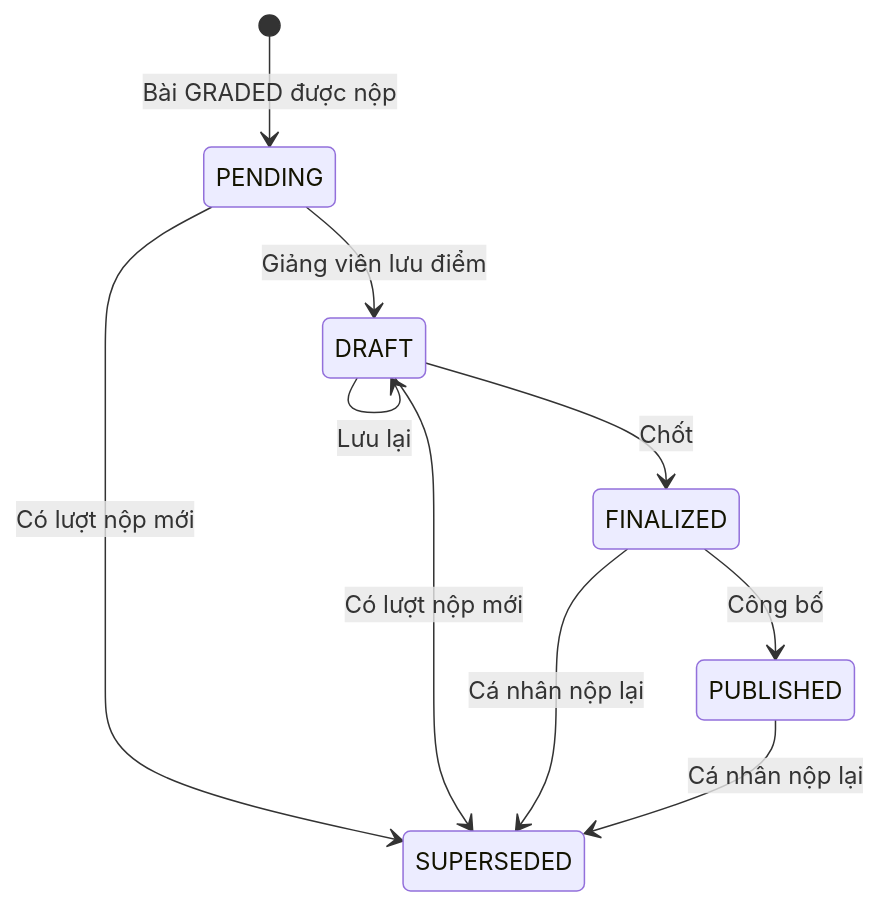
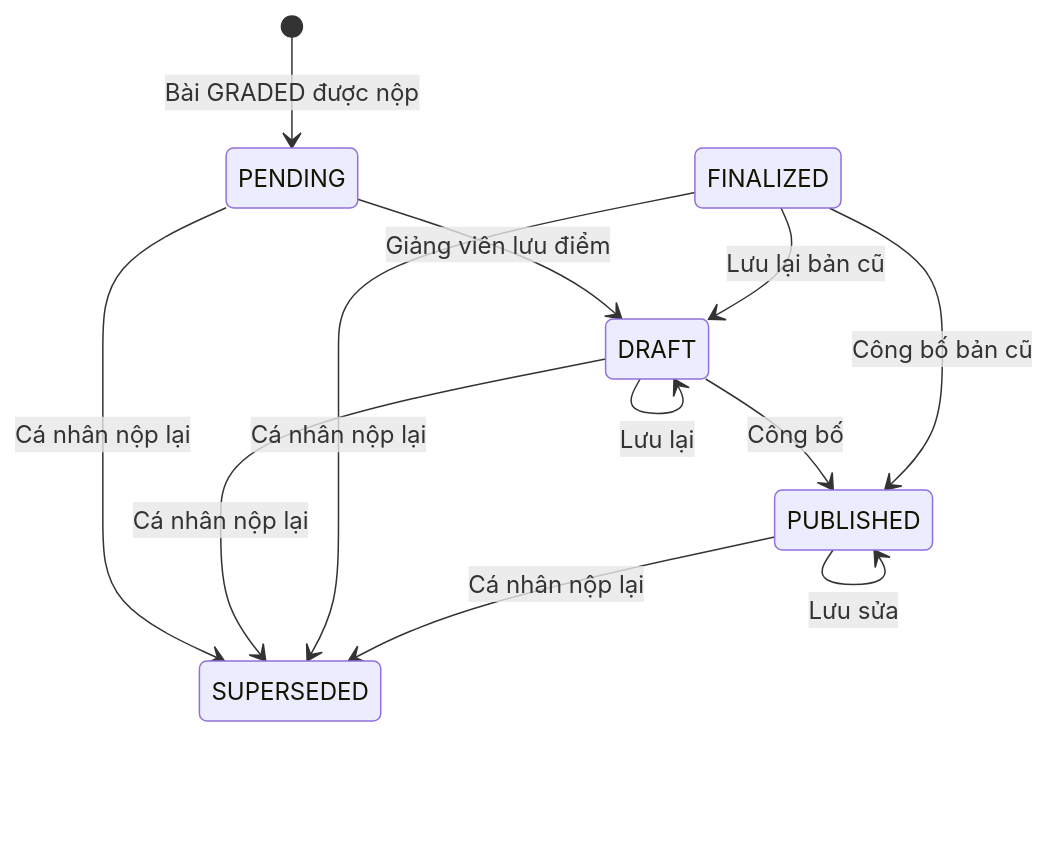
One commit to hygef-v4/AI-Powered-Learning-Platform changed the diagram in aidlc-docs/construction/u09-assignment-grading/functional-design/domain-entities.md. Above: the diagram before and after it, drawn with Mermaid. The commit also changed other lines of this file and 25 other files, not shown here.

````diff
--- a/aidlc-docs/construction/u09-assignment-grading/functional-design/domain-entities.md
+++ b/aidlc-docs/construction/u09-assignment-grading/functional-design/domain-entities.md
@@ -54,12 +55,14 @@
 ```mermaid
 stateDiagram-v2
     [*] --> PENDING: Bài GRADED được nộp
     PENDING --> DRAFT: Giảng viên lưu điểm
     DRAFT --> DRAFT: Lưu lại
-    DRAFT --> FINALIZED: Chốt
-    FINALIZED --> PUBLISHED: Công bố
-    PENDING --> SUPERSEDED: Có lượt nộp mới
-    DRAFT --> SUPERSEDED: Có lượt nộp mới
+    DRAFT --> PUBLISHED: Công bố
+    FINALIZED --> PUBLISHED: Công bố bản cũ
+    FINALIZED --> DRAFT: Lưu lại bản cũ
+    PUBLISHED --> PUBLISHED: Lưu sửa
+    PENDING --> SUPERSEDED: Cá nhân nộp lại
+    DRAFT --> SUPERSEDED: Cá nhân nộp lại
     FINALIZED --> SUPERSEDED: Cá nhân nộp lại
     PUBLISHED --> SUPERSEDED: Cá nhân nộp lại
 ```
````
